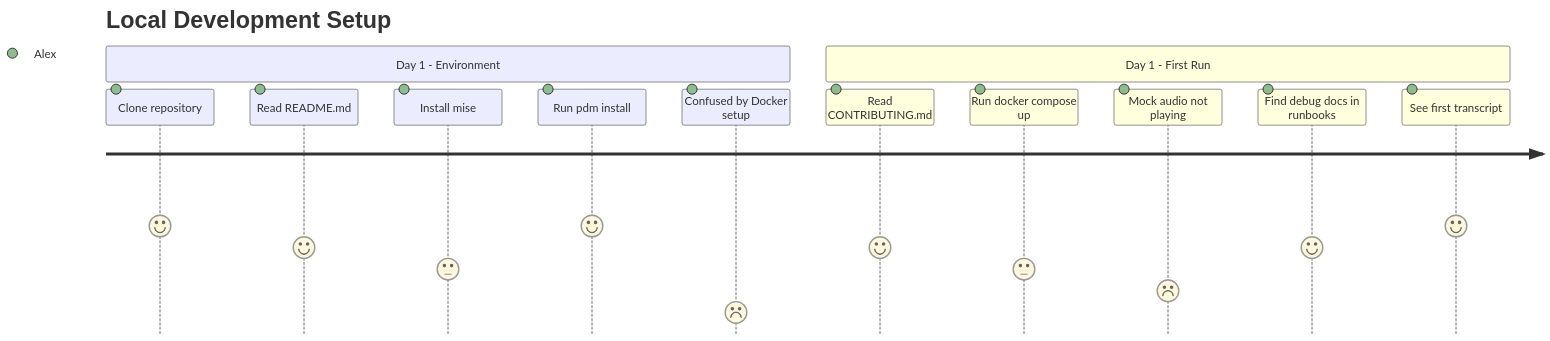
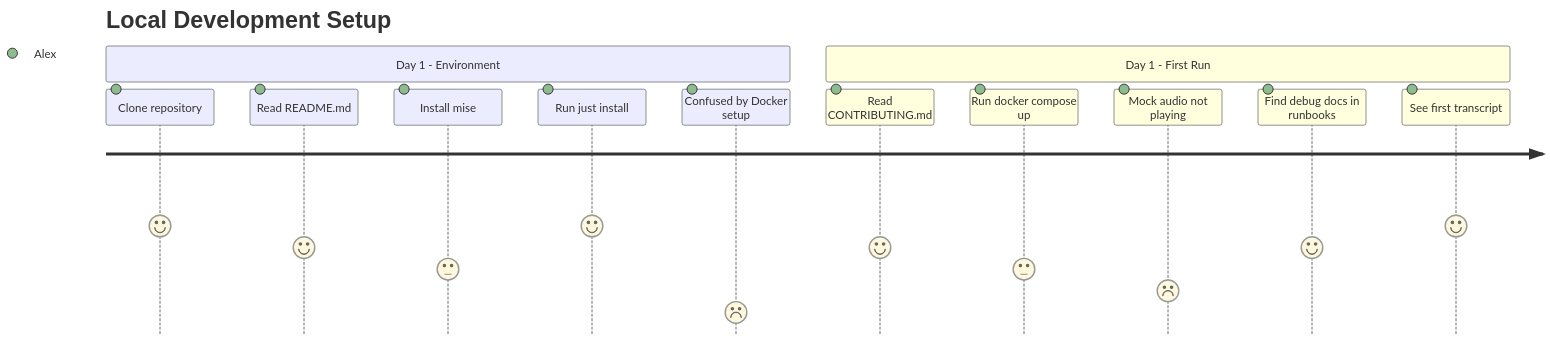
One commit to TomDakan/LiveSTT changed the third of 4 diagrams in docs/10_requirements/user_journey_maps.md. Above: the diagram before and after it, drawn with Mermaid. The commit also changed 6 other files, not shown here.

````diff
--- a/docs/10_requirements/user_journey_maps.md
+++ b/docs/10_requirements/user_journey_maps.md
@@ -93,16 +93,16 @@
 ```mermaid
 journey
     title Local Development Setup
     section Day 1 - Environment
         Clone repository: 5: Alex
         Read README.md: 4: Alex
         Install mise: 3: Alex
-        Run pdm install: 5: Alex
+        Run just install: 5: Alex
         Confused by Docker setup: 1: Alex
     section Day 1 - First Run
         Read CONTRIBUTING.md: 4: Alex
         Run docker compose up: 3: Alex
         Mock audio not playing: 2: Alex
         Find debug docs in runbooks: 4: Alex
         See first transcript: 5: Alex
 ```
````
